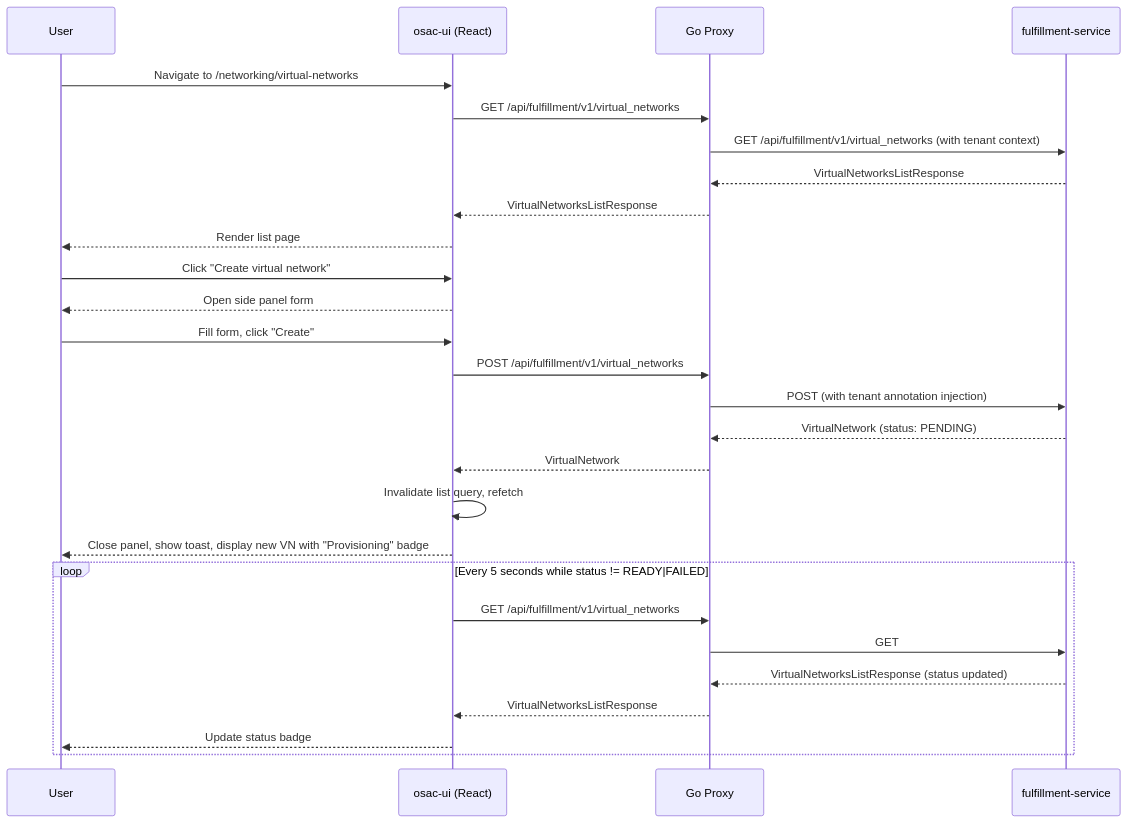
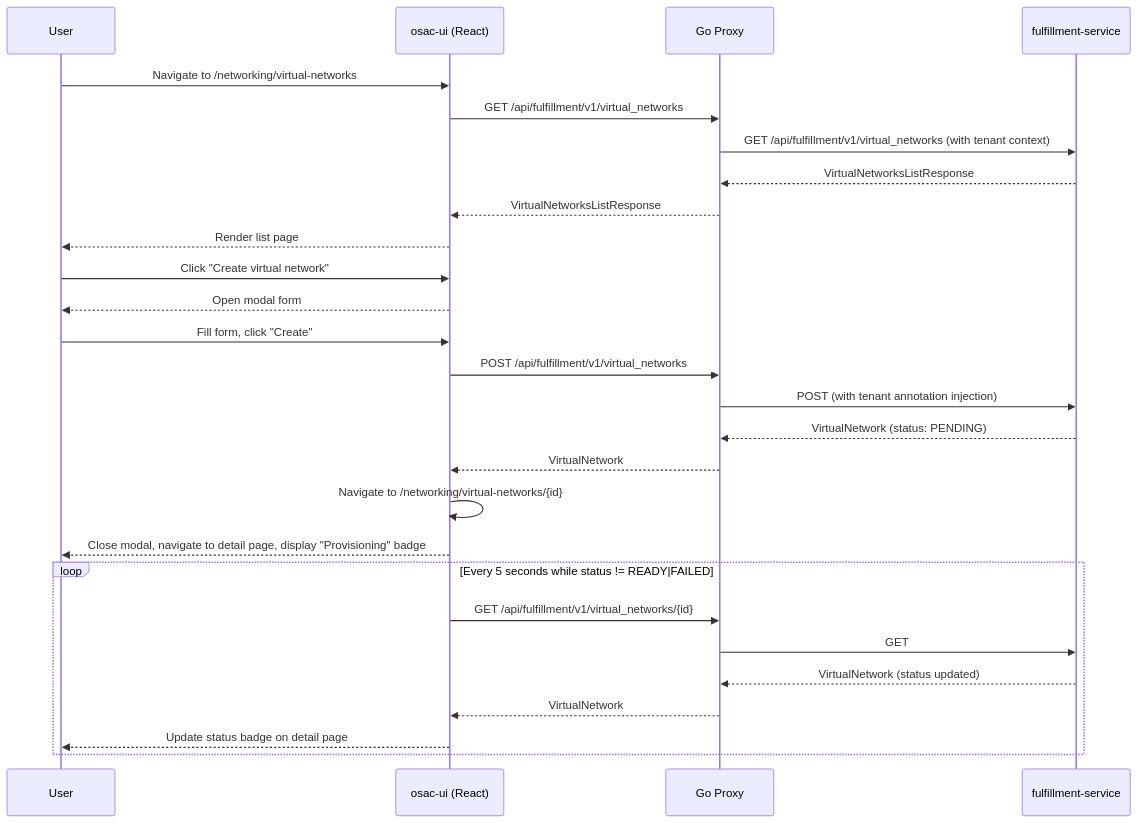
Before and after one commit to osac-project/enhancement-proposals: the diagram in enhancements/networking-ui-vmaas-scope/README.md, drawn with Mermaid. The commit also changed other lines of this file, not shown here.

````diff
--- a/enhancements/networking-ui-vmaas-scope/README.md
+++ b/enhancements/networking-ui-vmaas-scope/README.md
@@ -143,33 +143,33 @@
 ```mermaid
 sequenceDiagram
     participant User
     participant UI as osac-ui (React)
     participant Proxy as Go Proxy
     participant API as fulfillment-service
 
     User->>UI: Navigate to /networking/virtual-networks
     UI->>Proxy: GET /api/fulfillment/v1/virtual_networks
     Proxy->>API: GET /api/fulfillment/v1/virtual_networks (with tenant context)
     API-->>Proxy: VirtualNetworksListResponse
     Proxy-->>UI: VirtualNetworksListResponse
     UI-->>User: Render list page
 
     User->>UI: Click "Create virtual network"
-    UI-->>User: Open side panel form
+    UI-->>User: Open modal form
 
     User->>UI: Fill form, click "Create"
     UI->>Proxy: POST /api/fulfillment/v1/virtual_networks
     Proxy->>API: POST (with tenant annotation injection)
     API-->>Proxy: VirtualNetwork (status: PENDING)
     Proxy-->>UI: VirtualNetwork
-    UI->>UI: Invalidate list query, refetch
-    UI-->>User: Close panel, show toast, display new VN with "Provisioning" badge
+    UI->>UI: Navigate to /networking/virtual-networks/{id}
+    UI-->>User: Close modal, navigate to detail page, display "Provisioning" badge
 
     loop Every 5 seconds while status != READY|FAILED
-        UI->>Proxy: GET /api/fulfillment/v1/virtual_networks
+        UI->>Proxy: GET /api/fulfillment/v1/virtual_networks/{id}
         Proxy->>API: GET
-        API-->>Proxy: VirtualNetworksListResponse (status updated)
-        Proxy-->>UI: VirtualNetworksListResponse
-        UI-->>User: Update status badge
+        API-->>Proxy: VirtualNetwork (status updated)
+        Proxy-->>UI: VirtualNetwork
+        UI-->>User: Update status badge on detail page
     end
 ```
````
